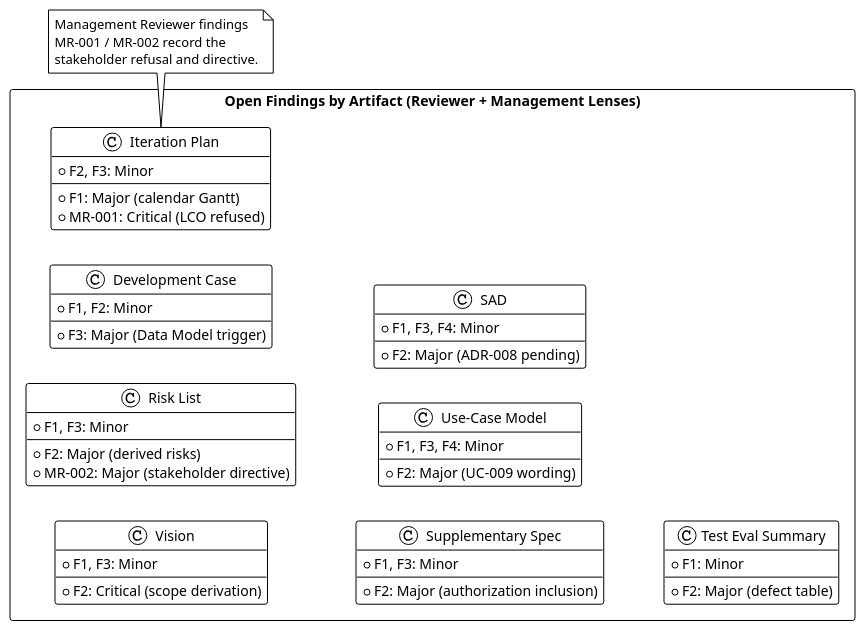
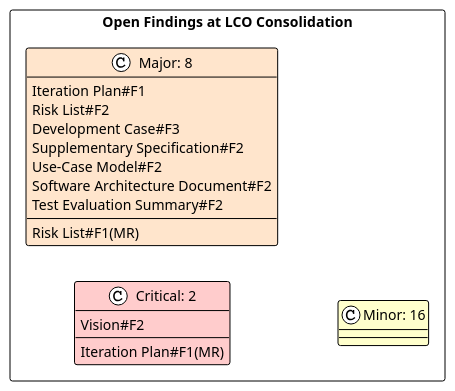
Before and after one commit to banense-test/portal: the second of 4 diagrams in docs/artifacts/project-management/review-record.md, drawn with PlantUML. The commit also changed other lines of this file, not shown here.

First line of the commit message:
Review Coordinator [I1]: upsert Review Record

````diff
--- a/docs/artifacts/project-management/review-record.md
+++ b/docs/artifacts/project-management/review-record.md
@@ -162,49 +120,23 @@
 ```plantuml
-@startuml Defect_Distribution_LCO
+@startuml Open_Findings_by_Severity
 !theme plain
 left to right direction
 
-rectangle "Open Findings by Artifact (Reviewer + Management Lenses)" {
-  class "Vision" as VISION {
-    + F2: Critical (scope derivation)
-    + F1, F3: Minor
-  }
-  class "Iteration Plan" as ITERPLAN {
-    + F1: Major (calendar Gantt)
-    + F2, F3: Minor
-    + MR-001: Critical (LCO refused)
-  }
-  class "Risk List" as RISKLIST {
-    + F2: Major (derived risks)
-    + F1, F3: Minor
-    + MR-002: Major (stakeholder directive)
-  }
-  class "Development Case" as DC {
-    + F3: Major (Data Model trigger)
-    + F1, F2: Minor
-  }
-  class "Supplementary Spec" as SUPP {
-    + F2: Major (authorization inclusion)
-    + F1, F3: Minor
-  }
-  class "Use-Case Model" as UCM {
-    + F2: Major (UC-009 wording)
-    + F1, F3, F4: Minor
-  }
-  class "SAD" as SAD {
-    + F2: Major (ADR-008 pending)
-    + F1, F3, F4: Minor
-  }
-  class "Test Eval Summary" as TES {
-    + F2: Major (defect table)
-    + F1: Minor
-  }
+rectangle "Open Findings at LCO Consolidation" {
+  class "Critical: 2" as CRIT #FFCCCC
+  class "Major: 8" as MAJOR #FFE5CC
+  class "Minor: 16" as MINOR #FFFFCC
 }
 
-note bottom of ITERPLAN
-  Management Reviewer findings
-  MR-001 / MR-002 record the
-  stakeholder refusal and directive.
-end note
+CRIT : Vision#F2
+CRIT : Iteration Plan#F1(MR)
+MAJOR : Iteration Plan#F1
+MAJOR : Risk List#F2
+MAJOR : Risk List#F1(MR)
+MAJOR : Development Case#F3
+MAJOR : Supplementary Specification#F2
+MAJOR : Use-Case Model#F2
+MAJOR : Software Architecture Document#F2
+MAJOR : Test Evaluation Summary#F2
 @enduml
 ```
````
